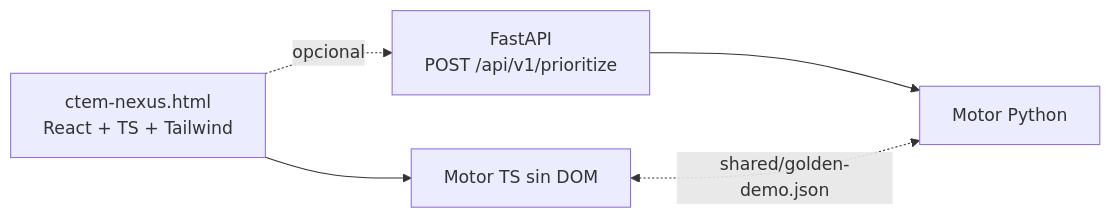
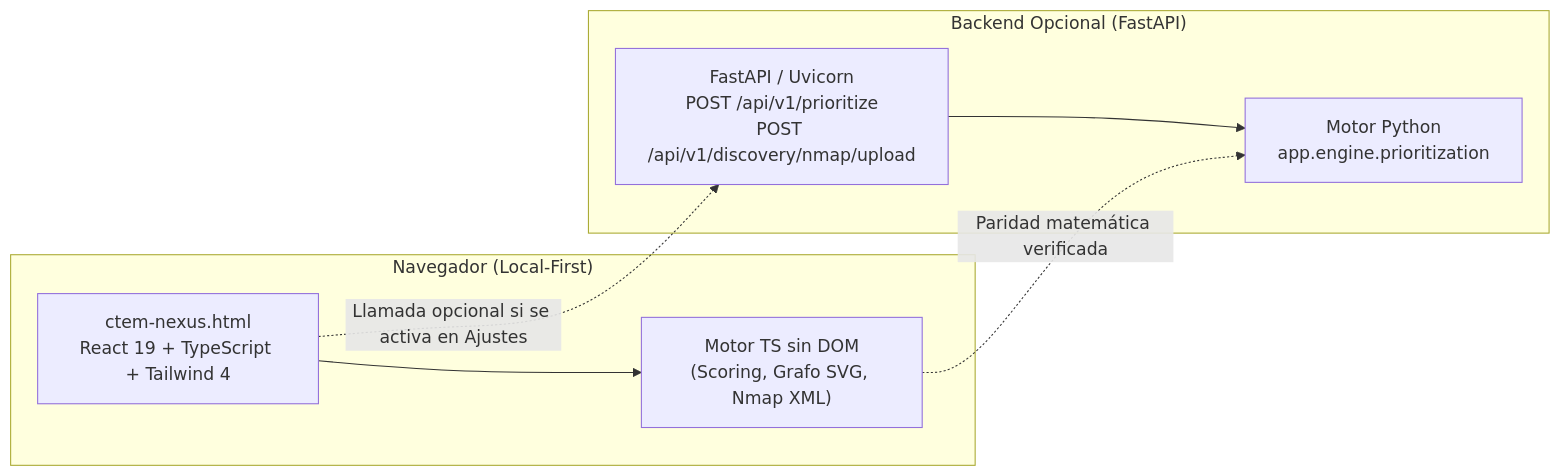
The second of 2 diagrams in README.md (heindall92/ctem-nexus), drawn with Mermaid before and after one commit. The commit also changed other lines of this file and 67 other files, not shown here.

````diff
--- a/README.md
+++ b/README.md
@@ -136,7 +255,17 @@
 ```mermaid
 flowchart LR
-  A["ctem-nexus.html<br/>React + TS + Tailwind"] --> B["Motor TS sin DOM"]
-  A -. "opcional" .-> C["FastAPI<br/>POST /api/v1/prioritize"]
-  C --> D["Motor Python"]
-  B <-. "shared/golden-demo.json" .-> D
+  subgraph Frontend ["Navegador (Local-First)"]
+    HTML["ctem-nexus.html<br/>React 19 + TypeScript + Tailwind 4"]
+    EngineTS["Motor TS sin DOM<br/>(Scoring, Grafo SVG, Nmap XML)"]
+    HTML --> EngineTS
+  end
+
+  subgraph Backend ["Backend Opcional (FastAPI)"]
+    API["FastAPI / Uvicorn<br/>POST /api/v1/prioritize<br/>POST /api/v1/discovery/nmap/upload"]
+    EnginePy["Motor Python<br/>app.engine.prioritization"]
+    API --> EnginePy
+  end
+
+  EngineTS -. "Paridad matemática verificada" .-> EnginePy
+  HTML -. "Llamada opcional si se activa en Ajustes" .-> API
 ```
````
